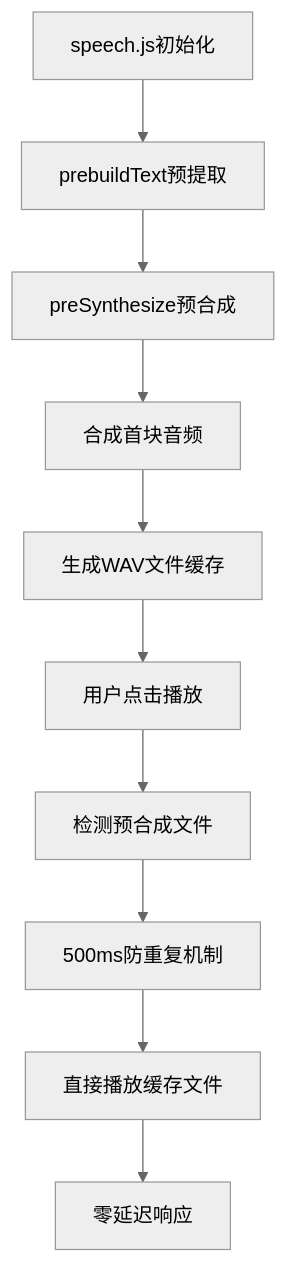
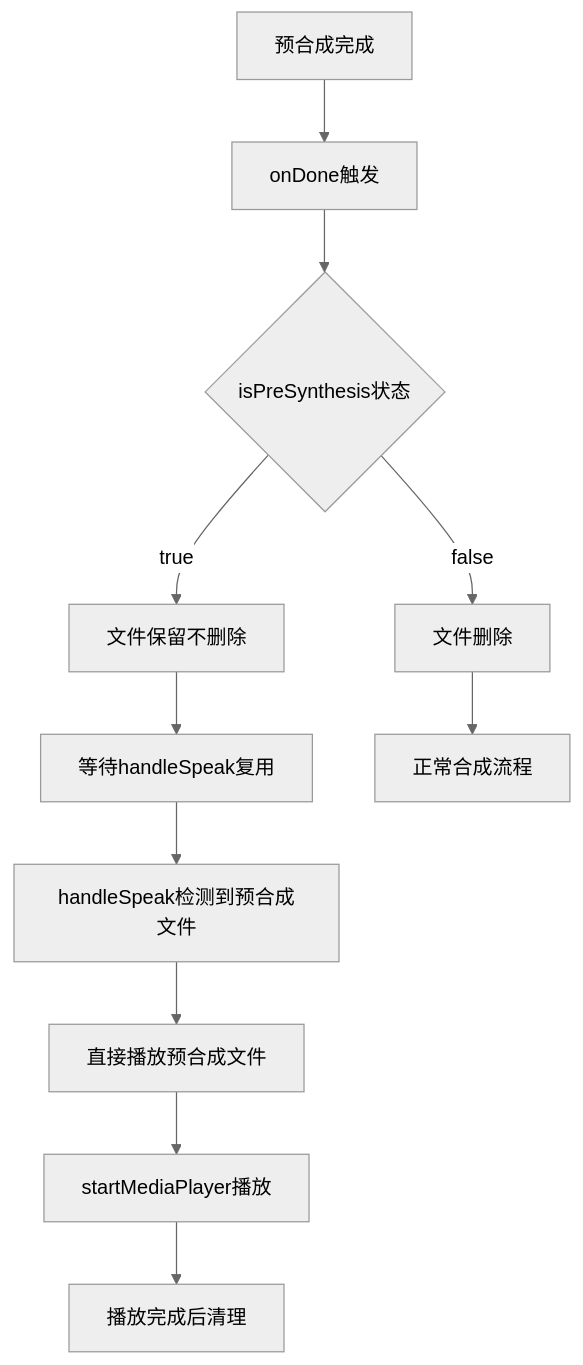
Before and after one commit to zhao-zg/cx: the ninth of 13 diagrams in .qoder/repowiki/zh/content/移动应用开发/TTS静态实例管理系统.md, drawn with Mermaid (neutral theme). The commit also changed other lines of this file and 31 other files, not shown here.

````diff
--- a/.qoder/repowiki/zh/content/移动应用开发/TTS静态实例管理系统.md
+++ b/.qoder/repowiki/zh/content/移动应用开发/TTS静态实例管理系统.md
@@ -393,12 +411,13 @@
 ```mermaid
 flowchart TD
-A[speech.js初始化] --> B[prebuildText预提取]
-B --> C[preSynthesize预合成]
-C --> D[合成首块音频]
-D --> E[生成WAV文件缓存]
-E --> F[用户点击播放]
-F --> G[检测预合成文件]
-G --> H[500ms防重复机制]
-H --> I[直接播放缓存文件]
-I --> J[零延迟响应]
+A[预合成完成] --> B[onDone触发]
+B --> C{isPreSynthesis状态}
+C --> |true| D[文件保留不删除]
+C --> |false| E[文件删除]
+D --> F[等待handleSpeak复用]
+F --> G[handleSpeak检测到预合成文件]
+G --> H[直接播放预合成文件]
+H --> I[startMediaPlayer播放]
+E --> J[正常合成流程]
+I --> K[播放完成后清理]
 ```
````
